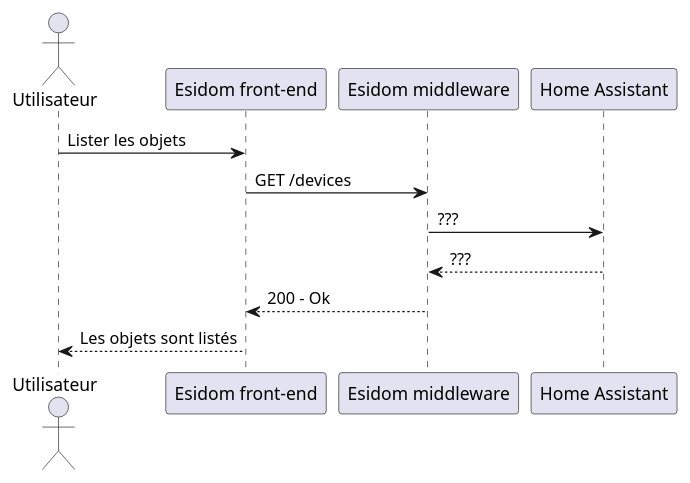
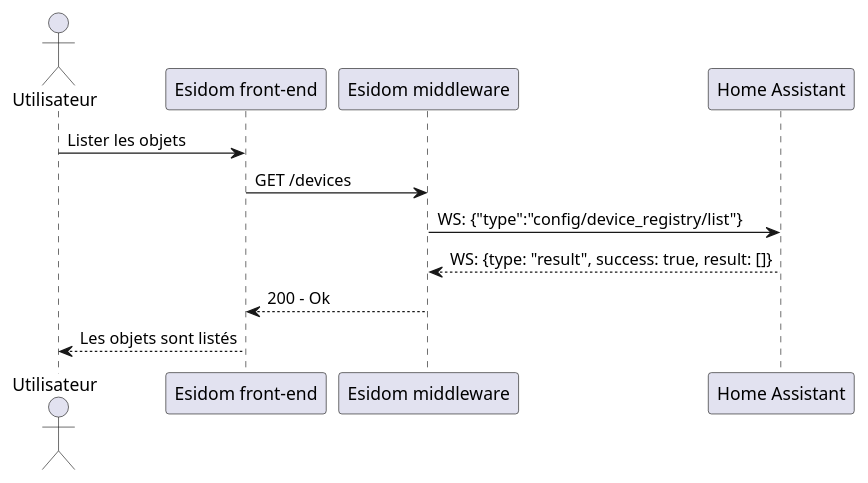
Before and after one commit to SKAVALT-io/esidom_doc: the diagram in cdct/diagramme_de_sequence/plantuml/lister_objets.puml, drawn with PlantUML. The commit also changed 5 other files, not shown here.

Commit message:
docs(cdct): update sequence diagram

```diff
--- a/cdct/diagramme_de_sequence/plantuml/lister_objets.puml
+++ b/cdct/diagramme_de_sequence/plantuml/lister_objets.puml
@@ -1,15 +1,15 @@
 @startuml lister objets
 
 actor "Utilisateur" as u
 participant "Esidom front-end" as fe
 participant "Esidom middleware" as m
 participant "Home Assistant" as ha
 
 u -> fe: Lister les objets
 fe -> m: GET /devices
-m -> ha: ???
-ha --> m: ???
+m -> ha: WS: {"type":"config/device_registry/list"}
+ha --> m: WS: {type: "result", success: true, result: []}
 m --> fe: 200 - Ok
 fe --> u: Les objets sont listés
 
 @enduml
```
